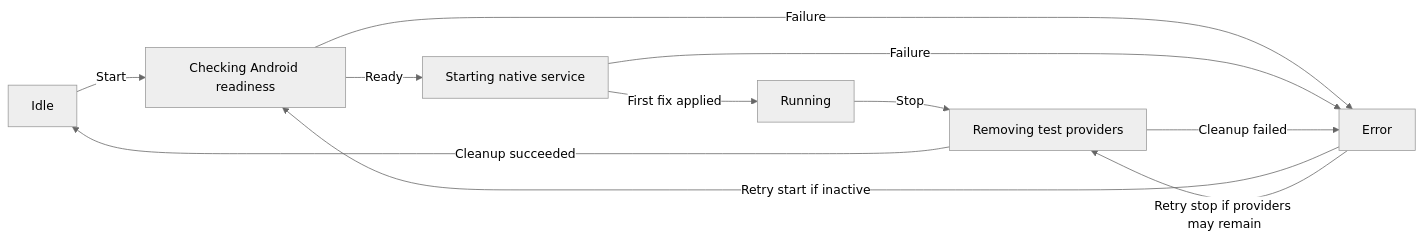
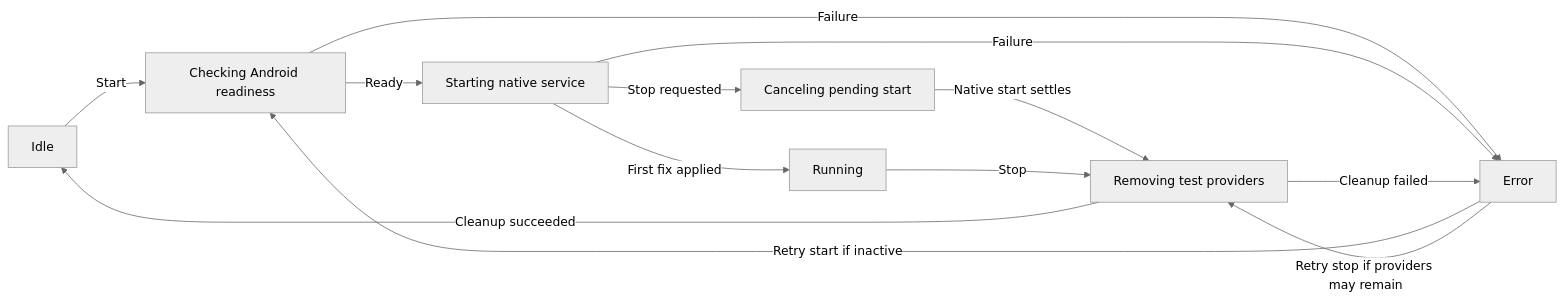
The diagram in src/features/simulation/README.md (LeoooJR/AROW-mobile), drawn with Mermaid (neutral theme) before and after one commit. The commit also changed other lines of this file and 9 other files, not shown here.

````diff
--- a/src/features/simulation/README.md
+++ b/src/features/simulation/README.md
@@ -23,13 +23,15 @@
 ```mermaid
 flowchart LR
     Idle[Idle] -->|Start| Checking[Checking Android readiness]
     Checking -->|Ready| Starting[Starting native service]
     Starting -->|First fix applied| Running[Running]
+    Starting -->|Stop requested| Canceling[Canceling pending start]
+    Canceling -->|Native start settles| Stopping
     Running -->|Stop| Stopping[Removing test providers]
     Stopping -->|Cleanup succeeded| Idle
     Checking -->|Failure| Error[Error]
     Starting -->|Failure| Error
     Stopping -->|Cleanup failed| Error
     Error -->|Retry start if inactive| Checking
     Error -->|Retry stop if providers may remain| Stopping
 ```
````
